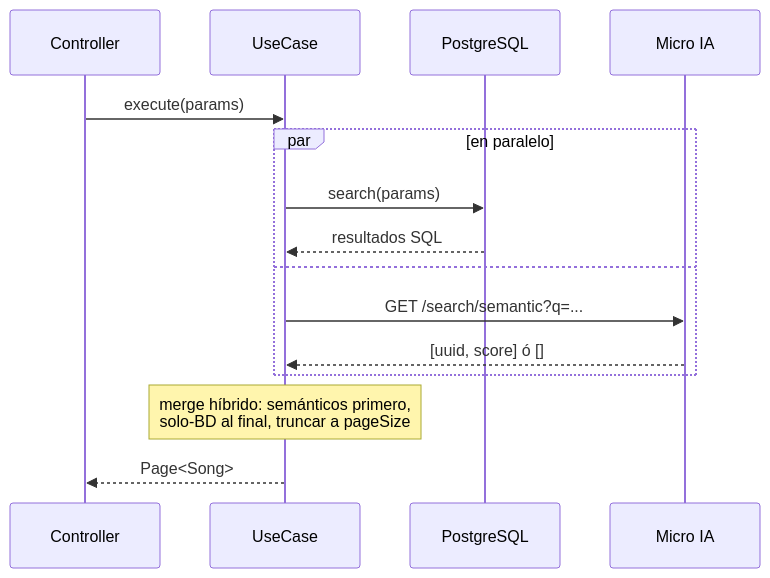
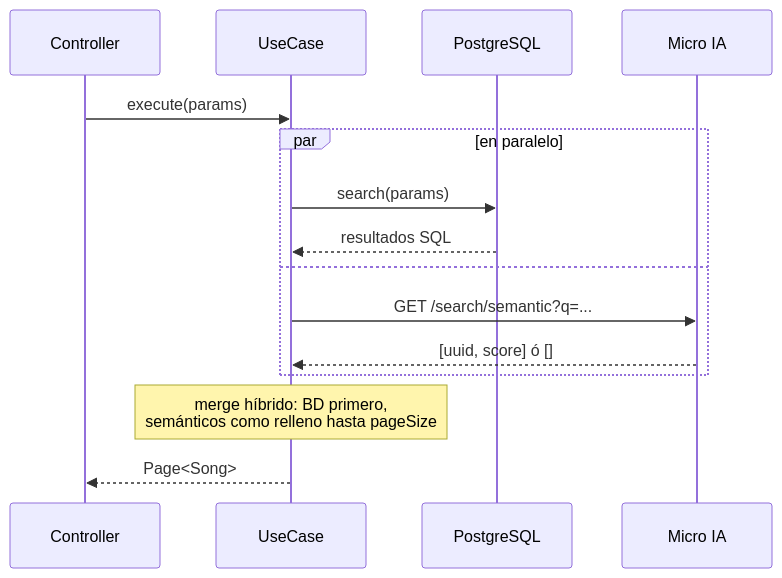
The second of 3 diagrams in README.md (WaraYasy/Ecos-Backend), drawn with Mermaid before and after one commit. The commit also changed other lines of this file, not shown here.

````diff
--- a/README.md
+++ b/README.md
@@ -225,21 +225,21 @@
 ```mermaid
 sequenceDiagram
     participant C as Controller
     participant UC as UseCase
     participant DB as PostgreSQL
     participant AI as Micro IA
 
     C->>UC: execute(params)
 
     par en paralelo
         UC->>DB: search(params)
         DB-->>UC: resultados SQL
     and
         UC->>AI: GET /search/semantic?q=...
         AI-->>UC: [uuid, score] ó []
     end
 
-    note over UC: merge híbrido: semánticos primero,<br/>solo-BD al final, truncar a pageSize
+    note over UC: merge híbrido: BD primero,<br/>semánticos como relleno hasta pageSize
 
     UC-->>C: Page<Song>
 ```
````
